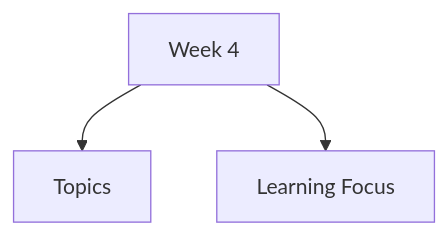
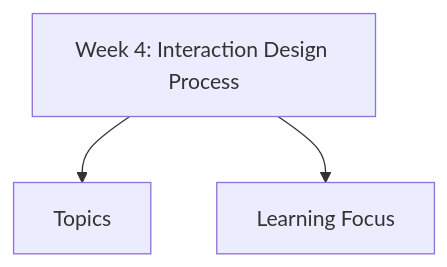
The diagram in content/docs/week-4/_index.md (abdulahshoaib/ahci), drawn with Mermaid before and after one commit. The commit also changed other lines of this file and 10 other files, not shown here.

````diff
--- a/content/docs/week-4/_index.md
+++ b/content/docs/week-4/_index.md
@@ -11,6 +12,6 @@
 ```mermaid
 flowchart TD
-    T["Week 4"]
+    T["Week 4: Interaction Design Process"]
     T --> S1["Topics"]
     T --> S2["Learning Focus"]
 ```
````
